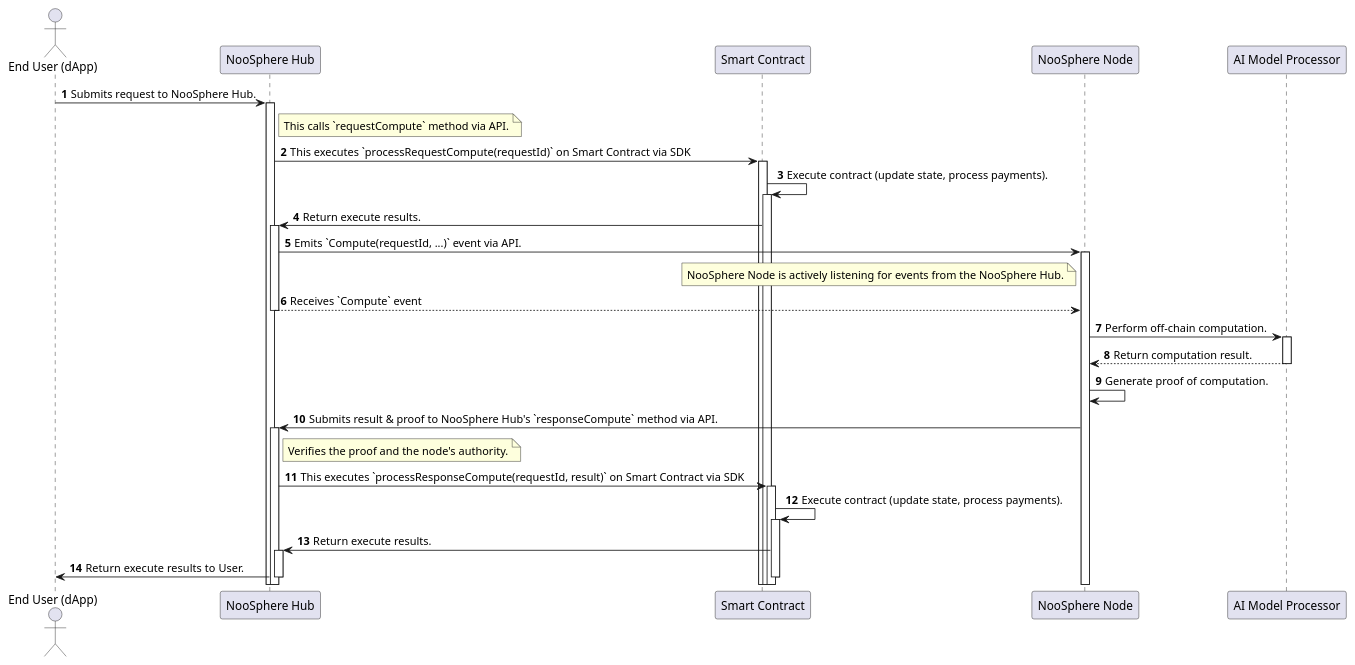
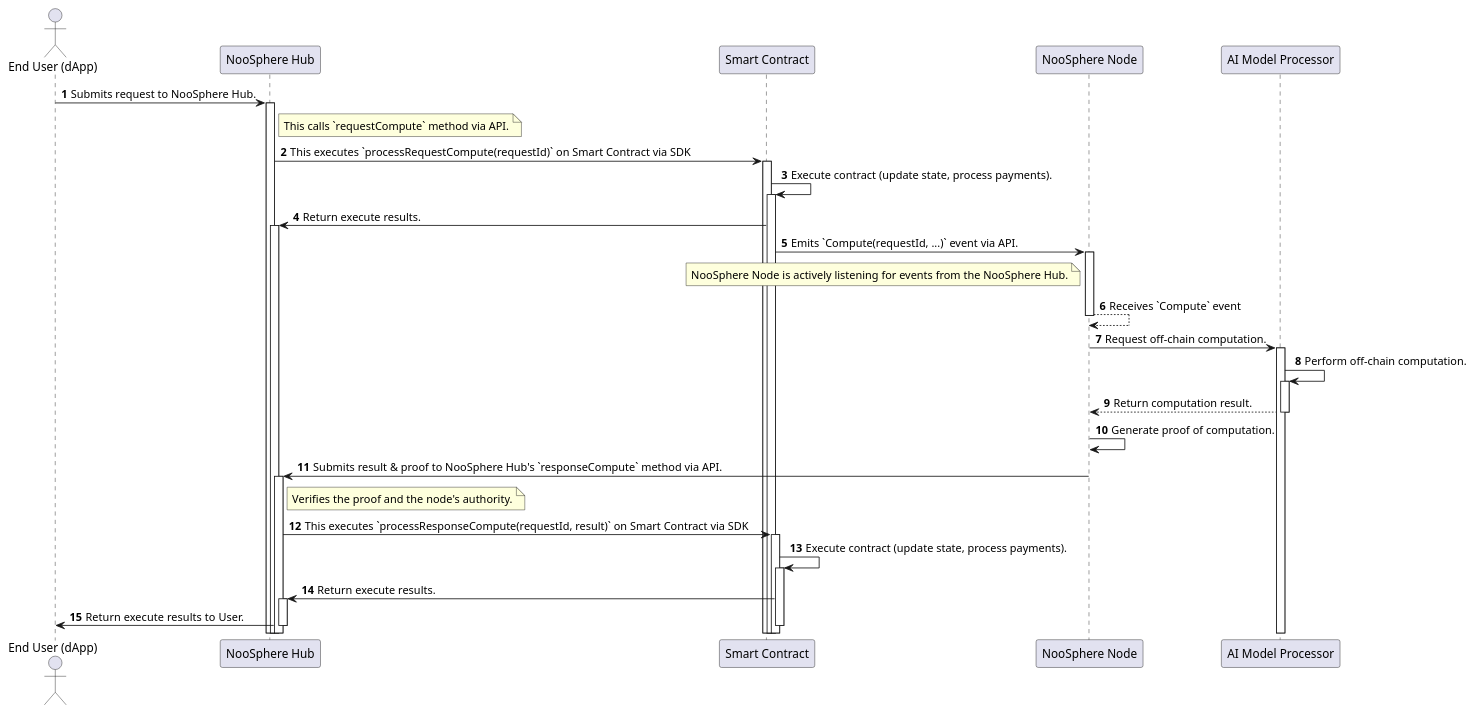
Before and after one commit to hpp-io/noosphere: the diagram in NooSphere_Sequence_1.puml, drawn with PlantUML.

Commit message:
HPP-14, HPP-1 added use case diagram

```diff
--- a/NooSphere_Sequence_1.puml
+++ b/NooSphere_Sequence_1.puml
@@ -1,41 +1,44 @@
 @startuml
+
 autonumber
+
 
 actor "End User (dApp)" as User
 participant "NooSphere Hub" as Chain
 participant "Smart Contract" as Contract
 participant "NooSphere Node" as Node
 participant "AI Model Processor" as AI
 
 User -> Chain ++: Submits request to NooSphere Hub.
 note right of Chain: This calls `requestCompute` method via API.
 
 Chain -> Contract ++: This executes `processRequestCompute(requestId)` on Smart Contract via SDK
 
 Contract -> Contract ++: Execute contract (update state, process payments).
 
 Contract -> Chain ++: Return execute results.
 
-Chain -> Node ++: Emits `Compute(requestId, ...)` event via API.
+Contract -> Node ++: Emits `Compute(requestId, ...)` event via API.
 note left of Node: NooSphere Node is actively listening for events from the NooSphere Hub.
-Chain --> Node --: Receives `Compute` event
+Node --> Node --: Receives `Compute` event
 
-Node -> AI ++: Perform off-chain computation.
+Node -> AI ++: Request off-chain computation.
+AI -> AI ++: Perform off-chain computation.
 AI --> Node --: Return computation result.
 
 Node -> Node: Generate proof of computation.
 
 Node -> Chain ++: Submits result & proof to NooSphere Hub's `responseCompute` method via API.
 note right of Chain: Verifies the proof and the node's authority.
 
 Chain -> Contract ++: This executes `processResponseCompute(requestId, result)` on Smart Contract via SDK
 Contract -> Contract ++: Execute contract (update state, process payments).
 
 Contract -> Chain ++: Return execute results.
 Chain -> User: Return execute results to User.
 
 deactivate Contract
 
 deactivate Chain
 
 @enduml
```
